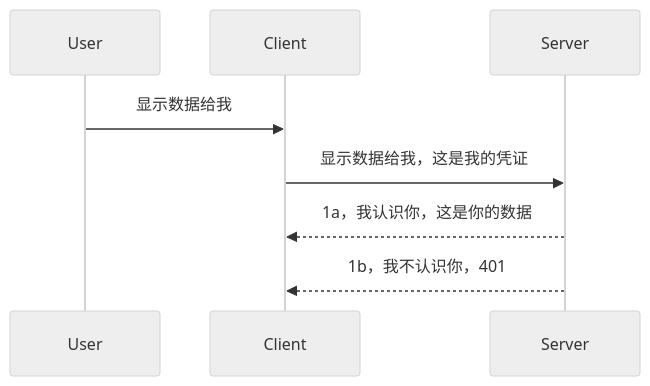
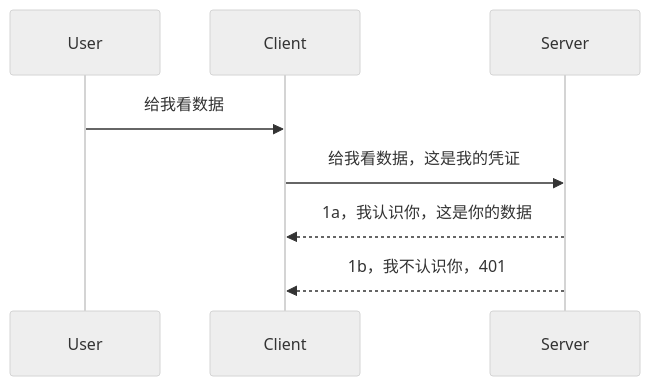
Before and after one commit to HIDORAKAI002/ai-workspace-archive: the diagram in mcp_ecosystem__model_context_protocol/mcp_learning_resources/mcp-for-beginners/translations/zh-CN/03-GettingStarted/11-simple-auth/README.md, drawn with Mermaid (neutral theme). The commit also changed other lines of this file and 1046 other files, not shown here.

````diff
--- a/mcp_ecosystem__model_context_protocol/mcp_learning_resources/mcp-for-beginners/translations/zh-CN/03-GettingStarted/11-simple-auth/README.md
+++ b/mcp_ecosystem__model_context_protocol/mcp_learning_resources/mcp-for-beginners/translations/zh-CN/03-GettingStarted/11-simple-auth/README.md
@@ -24,11 +24,11 @@
 ```mermaid
 sequenceDiagram
    participant User
    participant Client
    participant Server
 
-   User->>Client: 显示数据给我
-   Client->>Server: 显示数据给我，这是我的凭证
+   User->>Client: 给我看数据
+   Client->>Server: 给我看数据，这是我的凭证
    Server-->>Client: 1a，我认识你，这是你的数据
    Server-->>Client: 1b，我不认识你，401 
 ```
````
